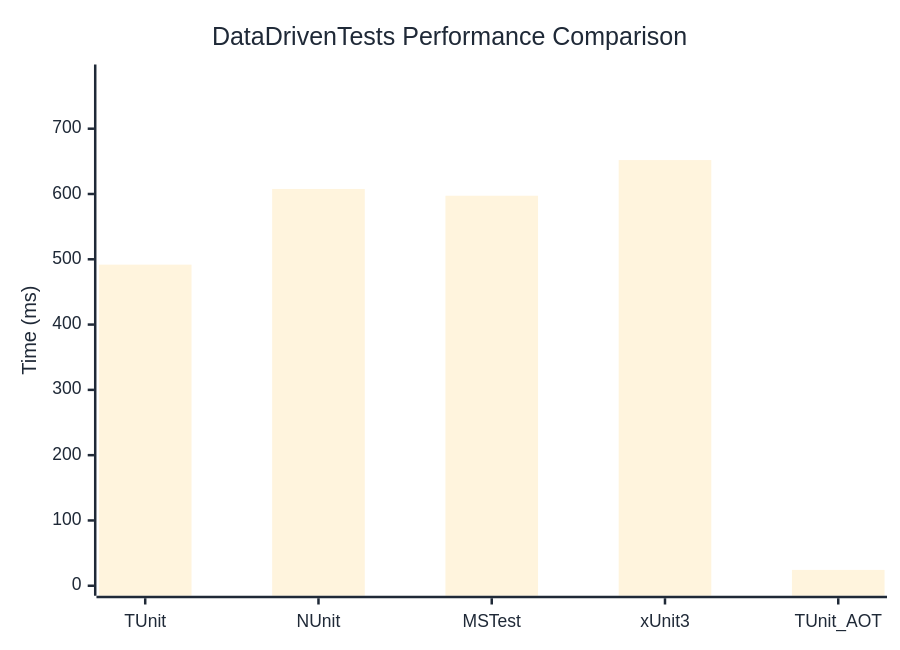
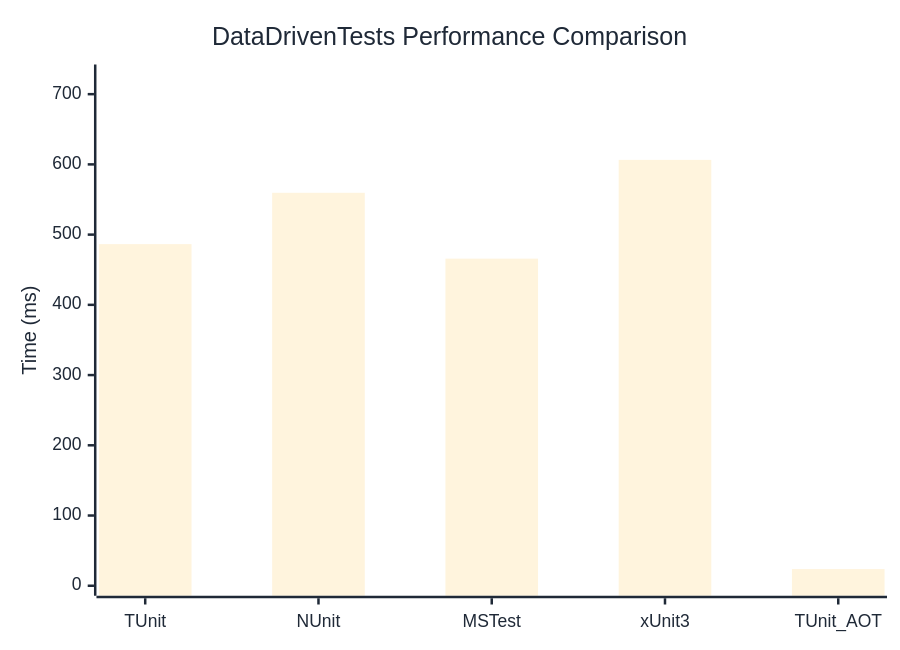
Before and after one commit to thomhurst/TUnit: the diagram in docs/docs/benchmarks/DataDrivenTests.md, drawn with Mermaid. The commit also changed other lines of this file and 17 other files, not shown here.

````diff
--- a/docs/docs/benchmarks/DataDrivenTests.md
+++ b/docs/docs/benchmarks/DataDrivenTests.md
@@ -27,37 +27,37 @@
 ```mermaid
 %%{init: {
   'theme':'base',
   'themeVariables': {
     'primaryColor': '#2563eb',
     'primaryTextColor': '#1f2937',
     'primaryBorderColor': '#1e40af',
     'lineColor': '#6b7280',
     'secondaryColor': '#7c3aed',
     'tertiaryColor': '#dc2626',
     'background': '#ffffff',
     'mainBkg': '#2563eb',
     'secondBkg': '#7c3aed',
     'tertiaryBkg': '#dc2626',
     'clusterBkg': '#f3f4f6',
     'edgeLabelBackground': '#ffffff',
     'tertiaryTextColor': '#1f2937',
     'pie1': '#2563eb',
     'pie2': '#7c3aed',
     'pie3': '#dc2626',
     'pie4': '#f59e0b',
     'pie5': '#10b981',
     'pie6': '#06b6d4',
     'pie7': '#ec4899',
     'pie8': '#6366f1',
     'pie9': '#84cc16',
     'pie10': '#f97316',
     'pie11': '#14b8a6',
     'pie12': '#a855f7'
   }
 }}%%
 xychart-beta
   title "DataDrivenTests Performance Comparison"
   x-axis ["TUnit", "NUnit", "MSTest", "xUnit3", "TUnit_AOT"]
-  y-axis "Time (ms)" 0 --> 783
-  bar [491.76, 607.71, 597.35, 651.92, 24.26]
+  y-axis "Time (ms)" 0 --> 728
+  bar [486.46, 559.57, 465.79, 606.42, 23.75]
 ```
````
